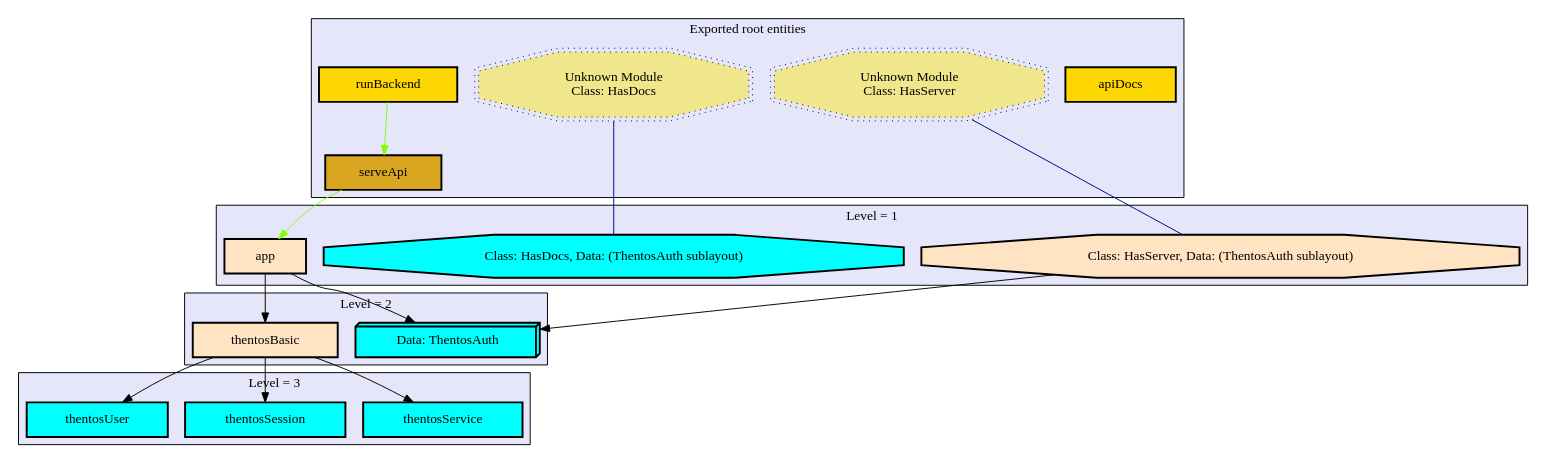
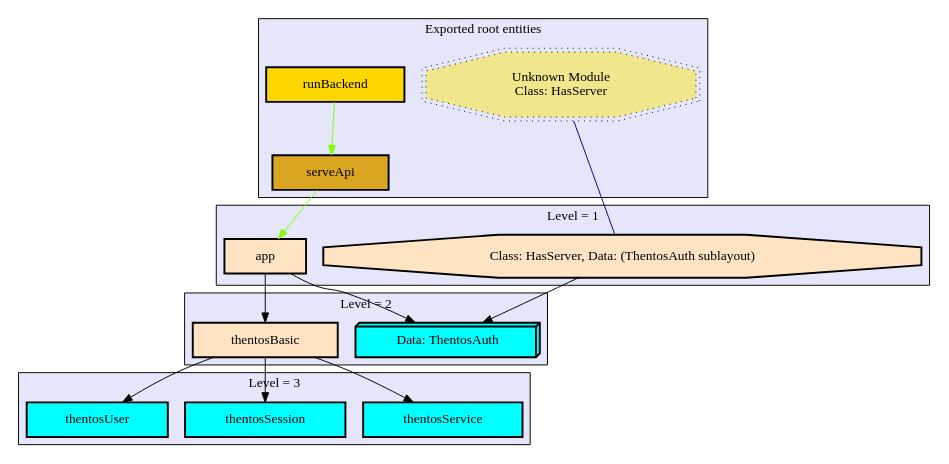
The diagram in gh-pages/SourceGraph/graphs/Thentos.Backend.Api.Simple_levels.dot (liqd/thentos), drawn with Graphviz before and after one commit. The commit also changed 421 other files, not shown here.

```diff
--- a/gh-pages/SourceGraph/graphs/Thentos.Backend.Api.Simple_levels.dot
+++ b/gh-pages/SourceGraph/graphs/Thentos.Backend.Api.Simple_levels.dot
@@ -1,94 +1,77 @@
 digraph "Levels within Thentos.Backend.Api.Simple" {
     node [margin="0.4,0.1"
          ,style=filled];
     subgraph cluster_0 {
         graph [label="Exported root entities"
               ,style=filled
               ,fillcolor=lavender];
-        2 [label=apiDocs
+        4 [label=runBackend
           ,shape=box
           ,fillcolor=gold
           ,style="filled,bold"];
-        6 [label=runBackend
-          ,shape=box
-          ,fillcolor=gold
-          ,style="filled,bold"];
-        7 [label=serveApi
+        5 [label=serveApi
           ,shape=box
           ,fillcolor=goldenrod
           ,style="filled,bold"];
-        12 [label="Unknown Module\nClass: HasDocs"
-           ,shape=doubleoctagon
-           ,fillcolor=khaki
-           ,style="filled,dotted"];
-        13 [label="Unknown Module\nClass: HasServer"
+        10 [label="Unknown Module\nClass: HasServer"
            ,shape=doubleoctagon
            ,fillcolor=khaki
            ,style="filled,dotted"];
     }
     subgraph cluster_1 {
         graph [label="Level = 1"
               ,style=filled
               ,fillcolor=lavender];
-        3 [label=app
+        2 [label=app
           ,shape=box
           ,fillcolor=bisque
           ,style="filled,bold"];
-        4 [label="Class: HasDocs, Data: (ThentosAuth sublayout)"
-          ,shape=octagon
-          ,fillcolor=cyan
-          ,style="filled,bold"];
-        5 [label="Class: HasServer, Data: (ThentosAuth sublayout)"
+        3 [label="Class: HasServer, Data: (ThentosAuth sublayout)"
           ,shape=octagon
           ,fillcolor=bisque
           ,style="filled,bold"];
     }
     subgraph cluster_2 {
         graph [label="Level = 2"
               ,style=filled
               ,fillcolor=lavender];
         1 [label="Data: ThentosAuth"
           ,shape=box3d
           ,fillcolor=cyan
           ,style="filled,bold"];
-        8 [label=thentosBasic
+        6 [label=thentosBasic
           ,shape=box
           ,fillcolor=bisque
           ,style="filled,bold"];
     }
     subgraph cluster_3 {
         graph [label="Level = 3"
               ,style=filled
               ,fillcolor=lavender];
-        9 [label=thentosService
+        7 [label=thentosService
           ,shape=box
           ,fillcolor=cyan
           ,style="filled,bold"];
-        10 [label=thentosSession
-           ,shape=box
-           ,fillcolor=cyan
-           ,style="filled,bold"];
-        11 [label=thentosUser
-           ,shape=box
-           ,fillcolor=cyan
-           ,style="filled,bold"];
+        8 [label=thentosSession
+          ,shape=box
+          ,fillcolor=cyan
+          ,style="filled,bold"];
+        9 [label=thentosUser
+          ,shape=box
+          ,fillcolor=cyan
+          ,style="filled,bold"];
     }
+    2 -> 1 [penwidth=1,color=black];
+    2 -> 6 [penwidth=1,color=black];
     3 -> 1 [penwidth=1,color=black];
-    3 -> 8 [penwidth=1,color=black];
-    5 -> 1 [penwidth=1,color=black];
-    6 -> 7 [penwidth=1
+    4 -> 5 [penwidth=1
            ,color=chartreuse];
-    7 -> 3 [penwidth=1
+    5 -> 2 [penwidth=1
            ,color=chartreuse];
-    8 -> 9 [penwidth=1,color=black];
-    8 -> 10 [penwidth=1
-            ,color=black];
-    8 -> 11 [penwidth=1
-            ,color=black];
-    12 -> 4 [penwidth=1
-            ,color=navy
-            ,dir=none];
-    13 -> 5 [penwidth=1
+    6 -> 7 [penwidth=1,color=black];
+    6 -> 8 [penwidth=1,color=black];
+    6 -> 9 [penwidth=1,color=black];
+    10 -> 3 [penwidth=1
             ,color=navy
             ,dir=none];
 }
```
